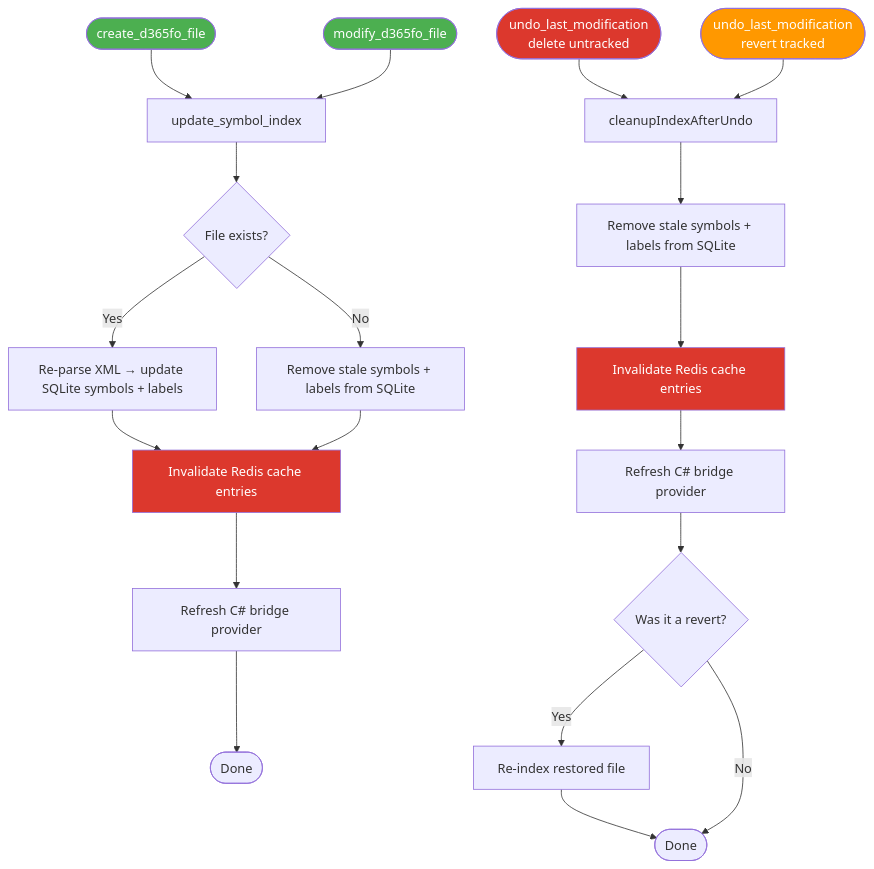
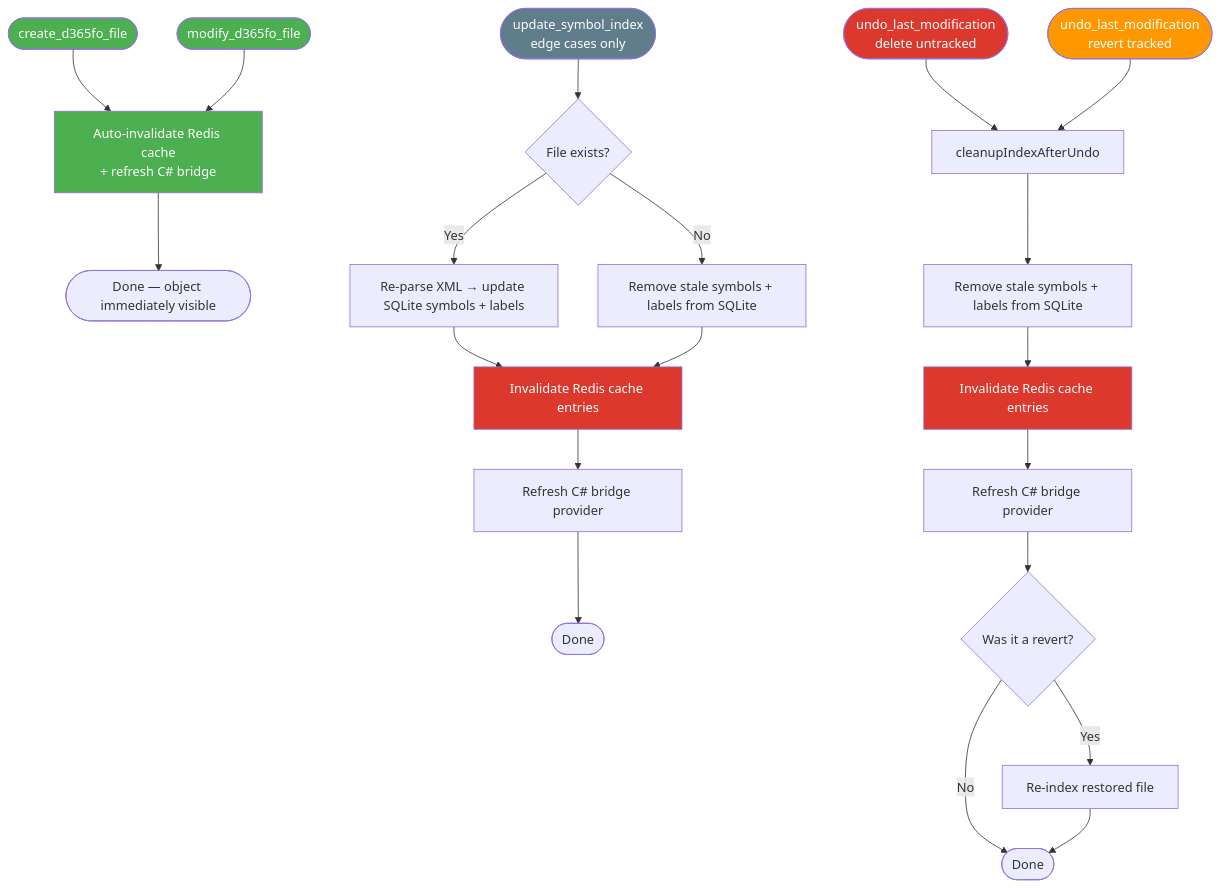
One commit to tfranczyk/d365fo-mcp-server changed the third of 3 diagrams in docs/BRIDGE.md. Above: the diagram before and after it, drawn with Mermaid. The commit also changed 4 other files, not shown here.

First line of the commit message:
docs: update docs for auto-refresh and expanded LOCAL_TOOLS

````diff
--- a/docs/BRIDGE.md
+++ b/docs/BRIDGE.md
@@ -757,32 +757,34 @@
 ```mermaid
 graph TD
-    CREATE([create_d365fo_file]) --> USI[update_symbol_index]
-    MODIFY([modify_d365fo_file]) --> USI
-    DELETE([undo_last_modification<br/>delete untracked]) --> CLEANUP[cleanupIndexAfterUndo]
-    REVERT([undo_last_modification<br/>revert tracked]) --> CLEANUP
+    CREATE([create_d365fo_file]) --> AUTO_INV[Auto-invalidate Redis cache<br/>+ refresh C# bridge]
+    MODIFY([modify_d365fo_file]) --> AUTO_INV
+    AUTO_INV --> DONE_AUTO([Done — object immediately visible])
 
-    USI --> EXIST{File exists?}
+    USI([update_symbol_index<br/>edge cases only]) --> EXIST{File exists?}
     EXIST -->|Yes| REINDEX[Re-parse XML → update SQLite symbols + labels]
     EXIST -->|No| REMOVE[Remove stale symbols + labels from SQLite]
     
     REINDEX --> INVALIDATE[Invalidate Redis cache entries]
     REMOVE --> INVALIDATE
     INVALIDATE --> REFRESH[Refresh C# bridge provider]
-    
+    REFRESH --> DONE([Done])
+
+    DELETE([undo_last_modification<br/>delete untracked]) --> CLEANUP[cleanupIndexAfterUndo]
+    REVERT([undo_last_modification<br/>revert tracked]) --> CLEANUP
     CLEANUP --> REMOVE2[Remove stale symbols + labels from SQLite]
     REMOVE2 --> INVALIDATE2[Invalidate Redis cache entries]
     INVALIDATE2 --> REFRESH2[Refresh C# bridge provider]
     REFRESH2 --> REVERT_CHECK{Was it a revert?}
     REVERT_CHECK -->|Yes| REINDEX2[Re-index restored file]
     REVERT_CHECK -->|No| DONE2([Done])
     REINDEX2 --> DONE2
-    
-    REFRESH --> DONE([Done])
 
     style CREATE fill:#4CAF50,color:#fff
     style MODIFY fill:#4CAF50,color:#fff
+    style AUTO_INV fill:#4CAF50,color:#fff
+    style USI fill:#607D8B,color:#fff
     style DELETE fill:#DC382D,color:#fff
     style REVERT fill:#FF9800,color:#fff
     style INVALIDATE fill:#DC382D,color:#fff
     style INVALIDATE2 fill:#DC382D,color:#fff
 ```
````
